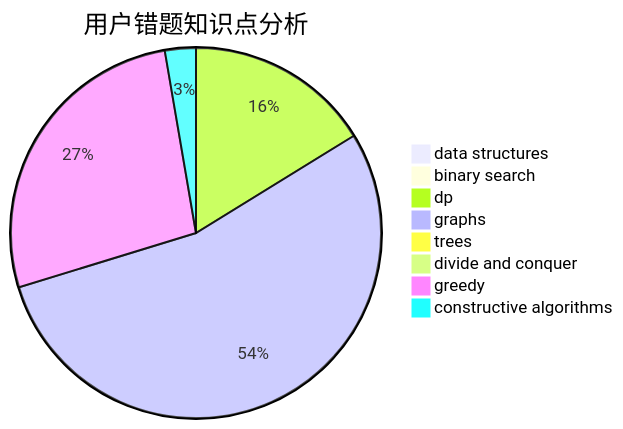
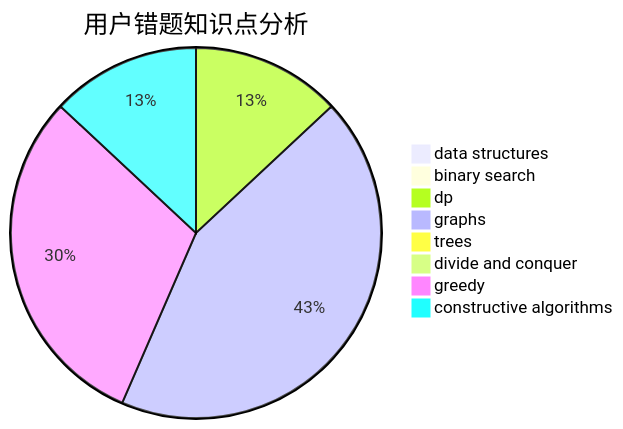
One commit to sherpahu/cfrs.github.io changed the third of 3 diagrams in docs/user/u1411.md. Above: the diagram before and after it, drawn with Mermaid. The commit also changed other lines of this file and 2770 other files, not shown here.

````diff
--- a/docs/user/u1411.md
+++ b/docs/user/u1411.md
@@ -36,11 +36,11 @@
 ```mermaid
 pie title 用户错题知识点分析
     "data structures" :  0
     "binary search" :  0
     "dp" :  6
     "graphs" :  20
     "trees" :  0
     "divide and conquer" :  0
-    "greedy" :  10
-    "constructive algorithms" :  1
+    "greedy" :  14
+    "constructive algorithms" :  6
 ```
````
